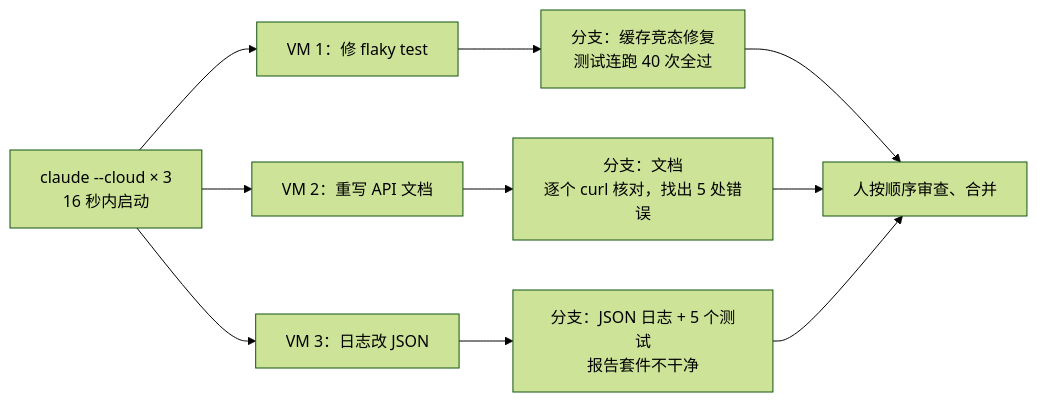
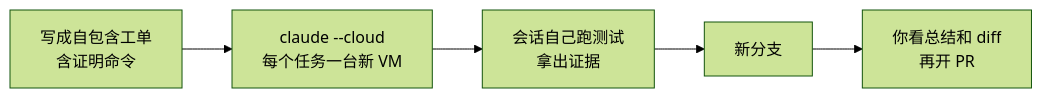
Before and after one commit to yzw7489757/ai-coding-videos: the diagram in docs/48-claude-code-cloud-sessions.md, drawn with Mermaid (forest theme). The commit also changed other lines of this file and 6 other files, not shown here.

````diff
--- a/docs/48-claude-code-cloud-sessions.md
+++ b/docs/48-claude-code-cloud-sessions.md
@@ -45,10 +63,7 @@
 ```mermaid
 flowchart LR
-    A["claude --cloud × 3<br/>16 秒内启动"] --> V1["VM 1：修 flaky test"]
-    A --> V2["VM 2：重写 API 文档"]
-    A --> V3["VM 3：日志改 JSON"]
-    V1 --> B1["分支：缓存竞态修复<br/>测试连跑 40 次全过"]
-    V2 --> B2["分支：文档<br/>逐个 curl 核对，找出 5 处错误"]
-    V3 --> B3["分支：JSON 日志 + 5 个测试<br/>报告套件不干净"]
-    B1 & B2 & B3 --> R["人按顺序审查、合并"]
+  A["写成自包含工单<br/>含证明命令"] --> B["claude --cloud<br/>每个任务一台新 VM"]
+  B --> C["会话自己跑测试<br/>拿出证据"]
+  C --> D["新分支"]
+  D --> E["你看总结和 diff<br/>再开 PR"]
 ```
````
